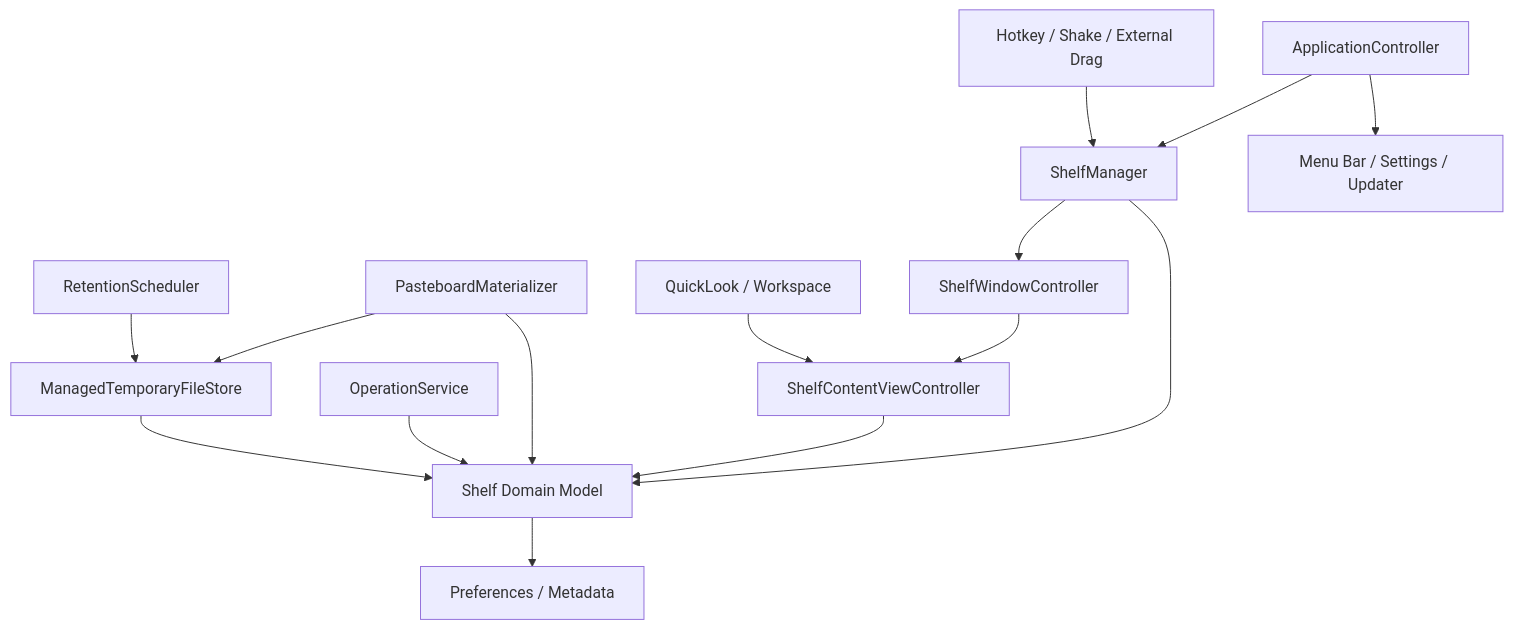
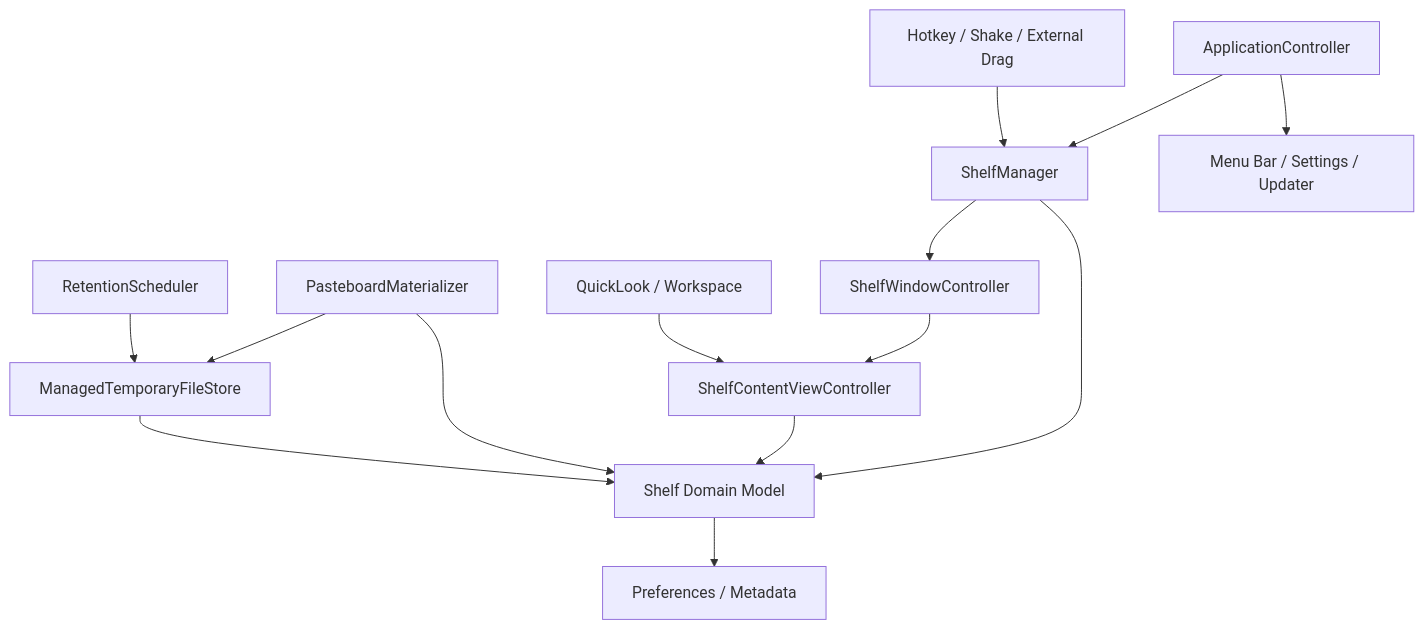
One commit to namimono/drops changed the first of 2 diagrams in docs/macos-native/README.md. Above: the diagram before and after it, drawn with Mermaid. The commit also changed other lines of this file and 38 other files, not shown here.

````diff
--- a/docs/macos-native/README.md
+++ b/docs/macos-native/README.md
@@ -95,17 +94,16 @@
 ```mermaid
 flowchart TD
     App["ApplicationController"] --> Manager["ShelfManager"]
     App --> Menu["Menu Bar / Settings / Updater"]
     Input["Hotkey / Shake / External Drag"] --> Manager
     Manager --> Domain["Shelf Domain Model"]
     Manager --> Window["ShelfWindowController"]
     Window --> View["ShelfContentViewController"]
     View --> Domain
     Pasteboard["PasteboardMaterializer"] --> Domain
     Preview["QuickLook / Workspace"] --> View
-    Operations["OperationService"] --> Domain
     Pasteboard --> Temporary["ManagedTemporaryFileStore"]
     Temporary --> Domain
     Retention["RetentionScheduler"] --> Temporary
     Domain --> Persistence["Preferences / Metadata"]
 ```
````
